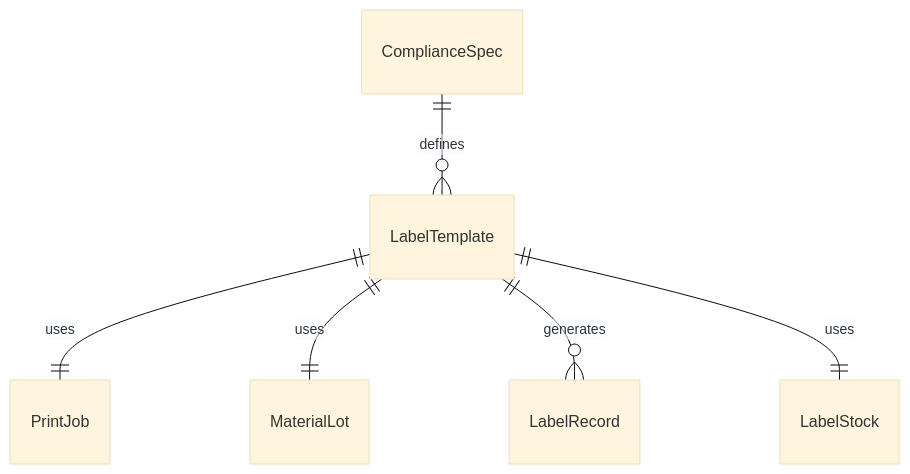
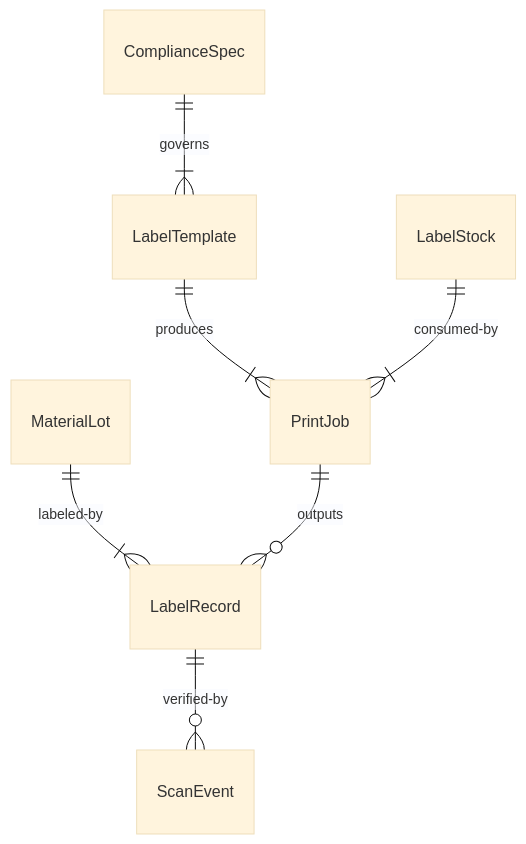
Before and after one commit to dot-org-ai/tasks.org.ai: the first of 4 diagrams in IdentifyingObjectsActionsAndEvents/MarkMaterialsOrObjectsForIdentification/LabelProductionMaterials.mdx, drawn with Mermaid (base theme). The commit also changed other lines of this file and 515 other files, not shown here.

````diff
--- a/IdentifyingObjectsActionsAndEvents/MarkMaterialsOrObjectsForIdentification/LabelProductionMaterials.mdx
+++ b/IdentifyingObjectsActionsAndEvents/MarkMaterialsOrObjectsForIdentification/LabelProductionMaterials.mdx
@@ -92,8 +92,9 @@
 ```mermaid
 erDiagram
-    LabelTemplate ||--|| PrintJob : "uses"
-    LabelTemplate ||--|| MaterialLot : "uses"
-    LabelTemplate ||--o{ LabelRecord : "generates"
-    ComplianceSpec ||--o{ LabelTemplate : "defines"
-    LabelTemplate ||--|| LabelStock : "uses"
+    LabelTemplate ||--|{ PrintJob : "produces"
+    MaterialLot ||--|{ LabelRecord : "labeled-by"
+    PrintJob ||--o{ LabelRecord : "outputs"
+    ComplianceSpec ||--|{ LabelTemplate : "governs"
+    LabelStock ||--|{ PrintJob : "consumed-by"
+    LabelRecord ||--o{ ScanEvent : "verified-by"
 ```
````
